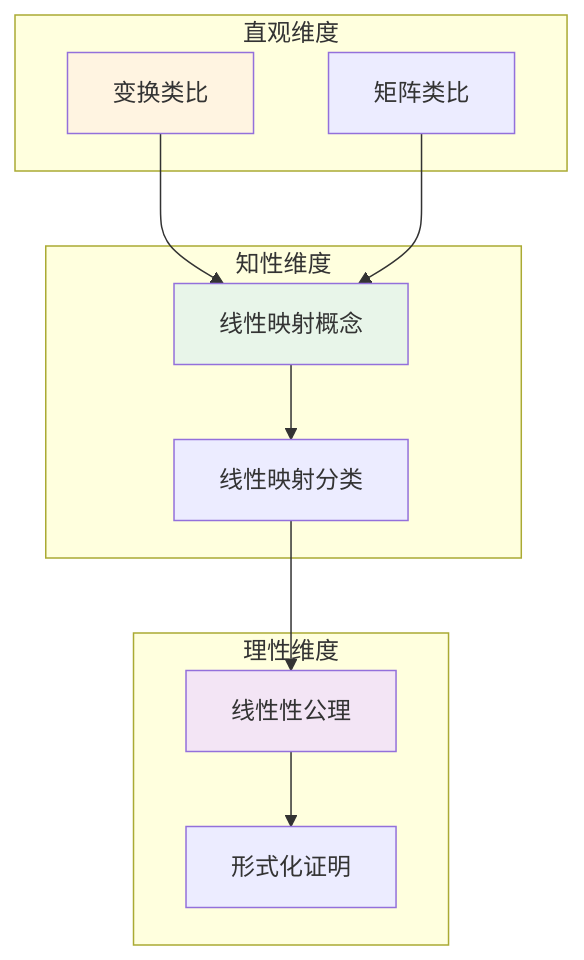
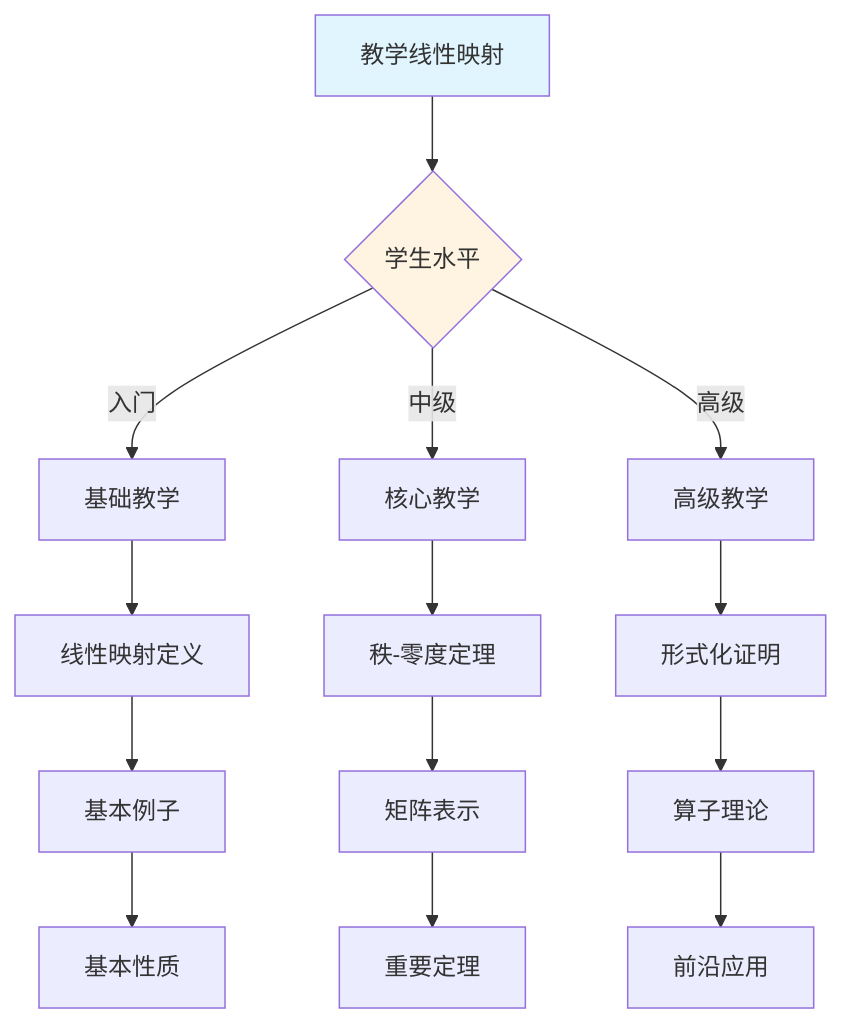
Before and after one commit to AdaMartin18010/FormalMath: the tenth of 10 diagrams in concept/核心概念/12-线性映射.md, drawn with Mermaid. The commit also changed other lines of this file and 4793 other files, not shown here.

````diff
--- a/concept/核心概念/12-线性映射.md
+++ b/concept/核心概念/12-线性映射.md
@@ -713,27 +2532,22 @@
 ```mermaid
-graph TB
-    subgraph 直观维度
-        A1[变换类比]
-        A2[矩阵类比]
-    end
+graph TD
+    A[教学线性映射] --> B{学生水平}
+    B -->|入门| C[基础教学]
+    B -->|中级| D[核心教学]
+    B -->|高级| E[高级教学]
 
-    subgraph 知性维度
-        B1[线性映射概念]
-        B2[线性映射分类]
-    end
+    C --> C1[线性映射定义]
+    C1 --> C2[基本例子]
+    C2 --> C3[基本性质]
 
-    subgraph 理性维度
-        C1[线性性公理]
-        C2[形式化证明]
-    end
+    D --> D1[秩-零度定理]
+    D1 --> D2[矩阵表示]
+    D2 --> D3[重要定理]
 
-    A1 --> B1
-    A2 --> B1
-    B1 --> B2
-    B2 --> C1
-    C1 --> C2
+    E --> E1[形式化证明]
+    E1 --> E2[算子理论]
+    E2 --> E3[前沿应用]
 
-    style A1 fill:#fff4e1
-    style B1 fill:#e8f5e9
-    style C1 fill:#f3e5f5
+    style A fill:#e1f5ff
+    style B fill:#fff4e1
 ```
````
